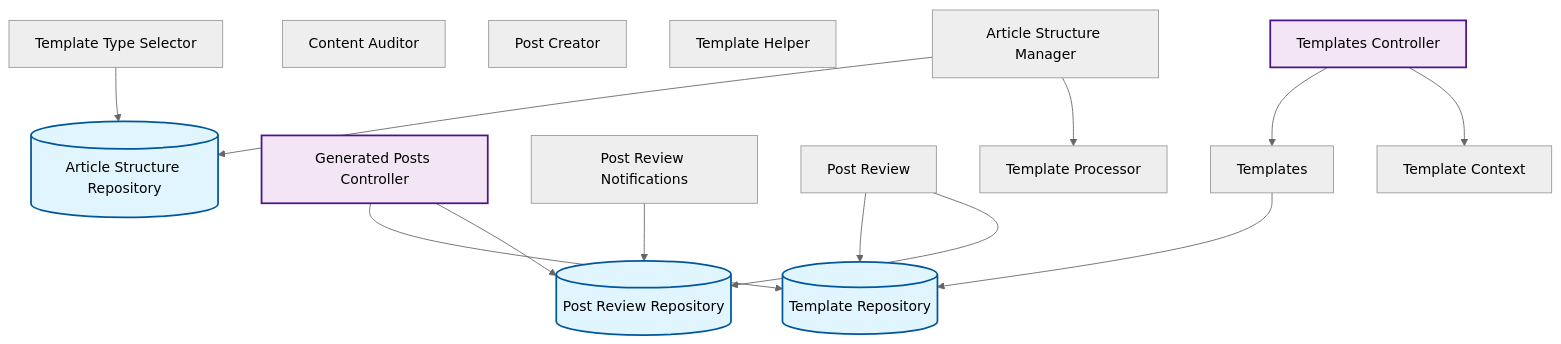
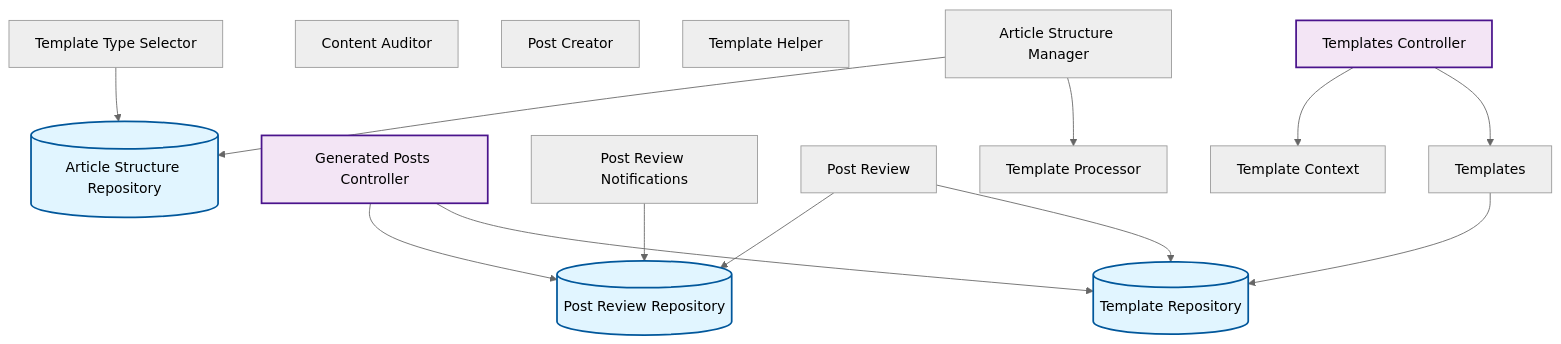
One commit to rpnunez/wp-ai-scheduler changed the fourth of 10 diagrams in docs/feature-report.md. Above: the diagram before and after it, drawn with Mermaid (neutral theme). The commit also changed other lines of this file and 3 other files, not shown here.

````diff
--- a/docs/feature-report.md
+++ b/docs/feature-report.md
@@ -183,38 +183,38 @@
 ```mermaid
 flowchart TD
     %% Content Management Architecture
 
     Article_Structure_Manager["Article Structure Manager"]
     Article_Structure_Repository[("Article Structure Repository")]
     Content_Auditor["Content Auditor"]
     Generated_Posts_Controller["Generated Posts Controller"]
     Post_Creator["Post Creator"]
     Post_Review_Notifications["Post Review Notifications"]
     Post_Review_Repository[("Post Review Repository")]
     Post_Review["Post Review"]
     Template_Context["Template Context"]
     Template_Helper["Template Helper"]
     Template_Processor["Template Processor"]
     Template_Repository[("Template Repository")]
     Template_Type_Selector["Template Type Selector"]
     Templates_Controller["Templates Controller"]
     Templates["Templates"]
 
     Article_Structure_Manager --> Article_Structure_Repository
     Article_Structure_Manager --> Template_Processor
+    Generated_Posts_Controller --> Post_Review_Repository
     Generated_Posts_Controller --> Template_Repository
-    Generated_Posts_Controller --> Post_Review_Repository
     Post_Review_Notifications --> Post_Review_Repository
+    Post_Review --> Post_Review_Repository
     Post_Review --> Template_Repository
-    Post_Review --> Post_Review_Repository
     Template_Type_Selector --> Article_Structure_Repository
+    Templates_Controller --> Template_Context
     Templates_Controller --> Templates
-    Templates_Controller --> Template_Context
     Templates --> Template_Repository
 
     classDef repository fill:#e1f5ff,stroke:#01579b,stroke-width:2px
     classDef service fill:#fff3e0,stroke:#e65100,stroke-width:2px
     classDef controller fill:#f3e5f5,stroke:#4a148c,stroke-width:2px
     class Article_Structure_Repository,Post_Review_Repository,Template_Repository repository
     class Generated_Posts_Controller,Templates_Controller controller
 ```
````
